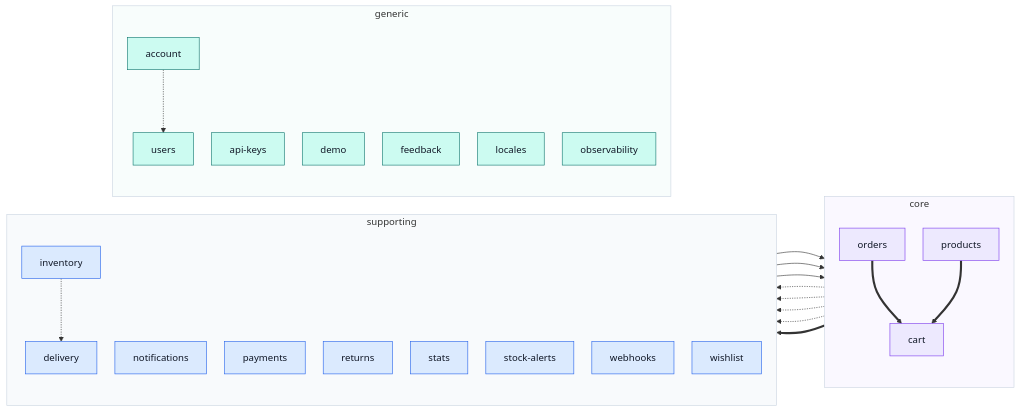
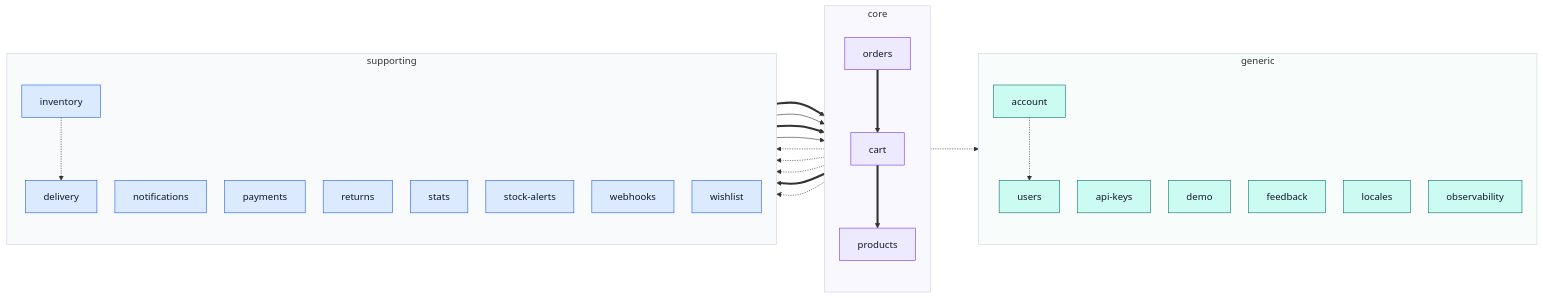
Before and after one commit to Guebbit/boilerplate-vue-frontend: the diagram in docs/modules/index.md, drawn with Mermaid. The commit also changed other lines of this file and 71 other files, not shown here.

````diff
--- a/docs/modules/index.md
+++ b/docs/modules/index.md
@@ -34,54 +34,56 @@
 ```mermaid
 %%{init: {'flowchart': {'nodeSpacing': 30, 'rankSpacing': 80}}}%%
 flowchart LR
     subgraph CORE["core"]
         direction TB
         cart["cart"]
         orders["orders"]
         products["products"]
     end
     subgraph SUPPORTING["supporting"]
         direction TB
         delivery["delivery"]
         inventory["inventory"]
         notifications["notifications"]
         payments["payments"]
         returns["returns"]
         stats["stats"]
         stockAlerts["stock-alerts"]
         webhooks["webhooks"]
         wishlist["wishlist"]
     end
     subgraph GENERIC["generic"]
         direction TB
         account["account"]
         apiKeys["api-keys"]
         demo["demo"]
         feedback["feedback"]
         locales["locales"]
         observability["observability"]
         users["users"]
     end
     account -.-> users
+    cart -.-> account
     cart -.-> delivery
-    inventory --> products
+    cart -.-> payments
+    cart ==> products
+    inventory ==> products
     inventory -.-> delivery
     orders ==> cart
     orders -.-> delivery
-    orders -.-> payments
+    orders ==> payments
     orders -.-> returns
-    products ==> cart
-    products ==> wishlist
     stockAlerts --> products
-    wishlist --> cart
+    wishlist ==> cart
+    wishlist --> products
 
     classDef core fill:#ede9fe,stroke:#7c3aed,color:#111827;
     classDef supporting fill:#dbeafe,stroke:#2563eb,color:#111827;
     classDef generic fill:#ccfbf1,stroke:#0f766e,color:#111827;
     class cart,orders,products core;
     class delivery,inventory,notifications,payments,returns,stats,stockAlerts,webhooks,wishlist supporting;
     class account,apiKeys,demo,feedback,locales,observability,users generic;
     style CORE fill:#faf8ff,stroke:#cbd5e1
     style SUPPORTING fill:#f8fafc,stroke:#cbd5e1
     style GENERIC fill:#f8fdfc,stroke:#cbd5e1
 ```
````
